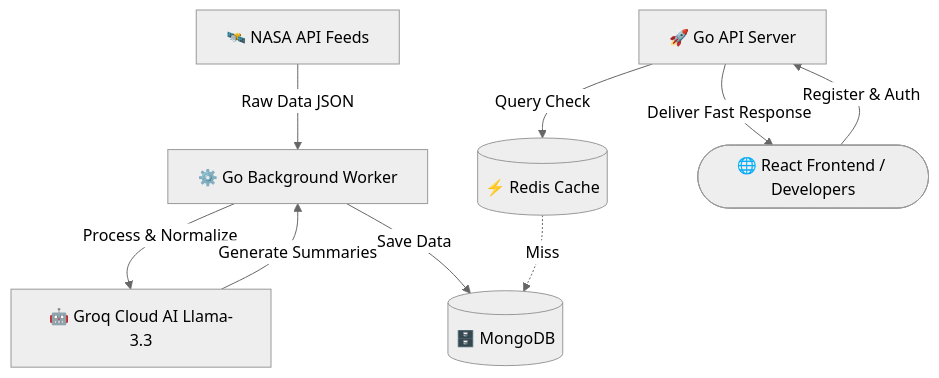
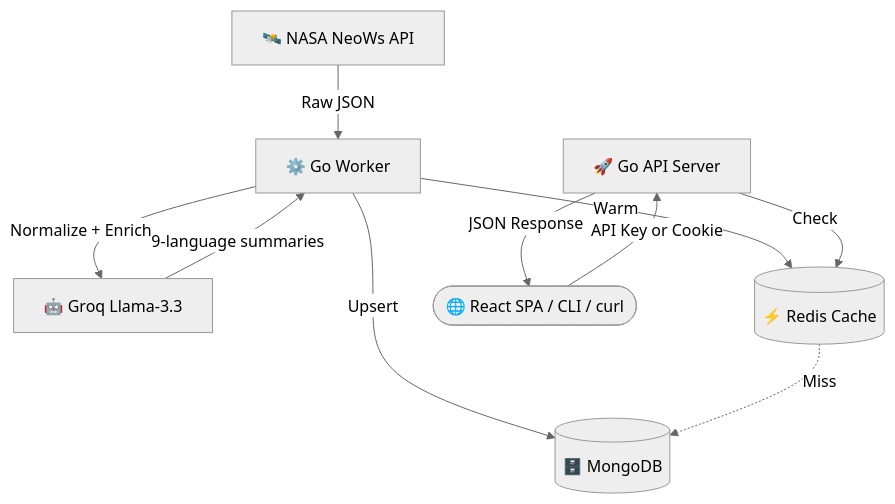
Before and after one commit to sargisis/SpaceFetch: the diagram in README.md, drawn with Mermaid (neutral theme). The commit also changed other lines of this file, not shown here.

Commit message:
docs: full README rewrite — accurate endpoints, tiers, languages, CLI, security

````diff
--- a/README.md
+++ b/README.md
@@ -198,11 +143,12 @@
 ```mermaid
 graph TD
-    NASA[🛰️ NASA API Feeds] -->|Raw Data JSON| Worker[⚙️ Go Background Worker]
-    Worker -->|Process & Normalize| AI[🤖 Groq Cloud AI Llama-3.3]
-    AI -->|Generate Summaries| Worker
-    Worker -->|Save Data| Mongo[(🗄️ MongoDB)]
-    API[🚀 Go API Server] -->|Query Check| RedisCache[(⚡ Redis Cache)]
-    RedisCache -.->|Miss| Mongo
-    API -->|Deliver Fast Response| Client([🌐 React Frontend / Developers])
-    Client -->|Register & Auth| API
+    NASA[🛰️ NASA NeoWs API] -->|Raw JSON| Worker[⚙️ Go Worker]
+    Worker -->|Normalize + Enrich| AI[🤖 Groq Llama-3.3]
+    AI -->|9-language summaries| Worker
+    Worker -->|Upsert| Mongo[(🗄️ MongoDB)]
+    Worker -->|Warm| Redis[(⚡ Redis Cache)]
+    API[🚀 Go API Server] -->|Check| Redis
+    Redis -.->|Miss| Mongo
+    API -->|JSON Response| Client([🌐 React SPA / CLI / curl])
+    Client -->|API Key or Cookie| API
 ```
````
